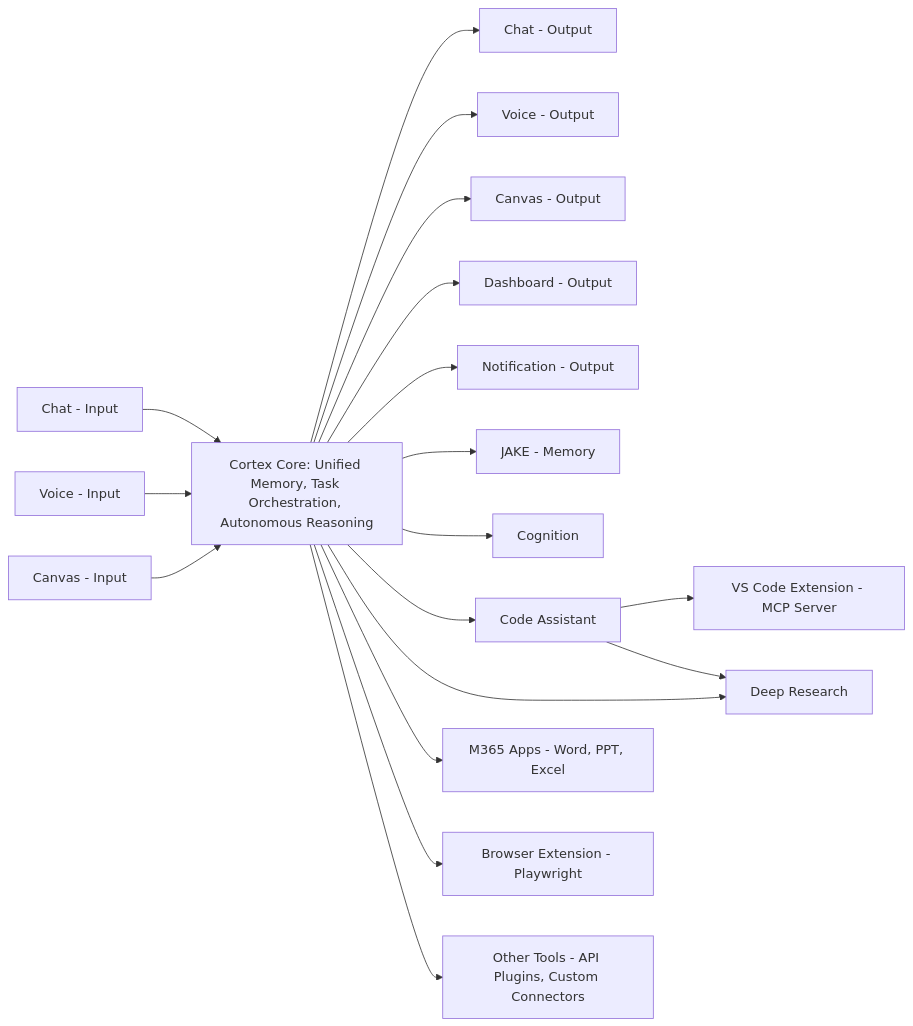
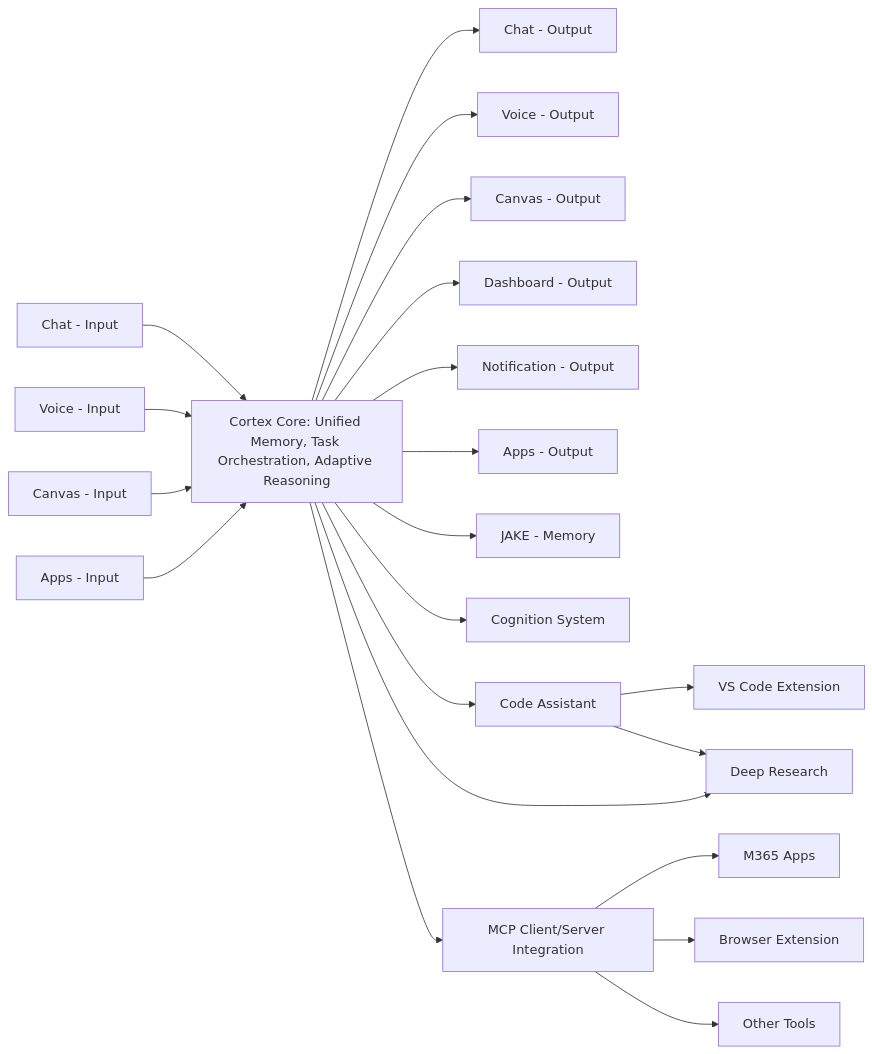
One commit to bkrabach/semanticworkbench changed the first of 2 diagrams in cortex/docs/final_v2/Cortex_Platform-Vision_and_Values.md. Above: the diagram before and after it, drawn with Mermaid. The commit also changed other lines of this file and 3 other files, not shown here.

````diff
--- a/cortex/docs/final_v2/Cortex_Platform-Vision_and_Values.md
+++ b/cortex/docs/final_v2/Cortex_Platform-Vision_and_Values.md
@@ -76,50 +78,64 @@
 ```mermaid
 graph LR
-    %% Central Core
-    CortexCore[Cortex Core: Unified Memory, Task Orchestration, Autonomous Reasoning]
-    %% Memory and Cognition Systems
+    %% Cortex Core and Support Systems
+    CortexCore[Cortex Core: Unified Memory, Task Orchestration, Adaptive Reasoning]
     JAKE[JAKE - Memory]
-    Cognition[Cognition]
-    %% Inputs
+    Cognition[Cognition System]
+
+    %% Input Modalities
     ChatInput[Chat - Input]
     VoiceInput[Voice - Input]
     CanvasInput[Canvas - Input]
-    %% Outputs
+    AppsInput[Apps - Input]
+
+    %% Output Modalities
     ChatOutput[Chat - Output]
     VoiceOutput[Voice - Output]
     CanvasOutput[Canvas - Output]
     DashboardOutput[Dashboard - Output]
     NotificationOutput[Notification - Output]
-    %% Core Service Connections
+    AppsOutput[Apps - Output]
+
+    %% Domain Expert Entities
     CodeAssistant[Code Assistant]
     DeepResearch[Deep Research]
-    %% External Tools
-    VSCode[VS Code Extension - MCP Server]
-    M365Apps[M365 Apps - Word, PPT, Excel]
-    BrowserExt[Browser Extension - Playwright]
-    OtherTools[Other Tools - API Plugins, Custom Connectors]
-    %% Connections
-    %% Inputs -> Core
+
+    %% External Integrations
+    MCPIntegration[MCP Client/Server Integration]
+    VSCode[VS Code Extension]
+    M365Apps[M365 Apps]
+    BrowserExt[Browser Extension]
+    OtherTools[Other Tools]
+
+    %% Connections: Inputs to Cortex Core
     ChatInput --> CortexCore
     VoiceInput --> CortexCore
     CanvasInput --> CortexCore
-    %% Core -> Outputs
+    AppsInput --> CortexCore
+
+    %% Cortex Core to Outputs
     CortexCore --> ChatOutput
     CortexCore --> VoiceOutput
     CortexCore --> CanvasOutput
     CortexCore --> DashboardOutput
     CortexCore --> NotificationOutput
-    %% Core -> Core Systems
+    CortexCore --> AppsOutput
+
+    %% Cortex Core to Support Systems
     CortexCore --> JAKE
     CortexCore --> Cognition
-    %% Core -> Internal Services
+
+    %% Cortex Core to Domain Experts
     CortexCore --> CodeAssistant
     CortexCore --> DeepResearch
-    %% Internal Services Relationships
+
+    %% Domain Experts internal interactions
     CodeAssistant --> VSCode
     CodeAssistant --> DeepResearch
-    %% Core -> External Tools
-    CortexCore --> M365Apps
-    CortexCore --> BrowserExt
-    CortexCore --> OtherTools
+
+    %% Cortex Core to External Integrations
+    CortexCore --> MCPIntegration
+    MCPIntegration --> M365Apps
+    MCPIntegration --> BrowserExt
+    MCPIntegration --> OtherTools
 ```
````
